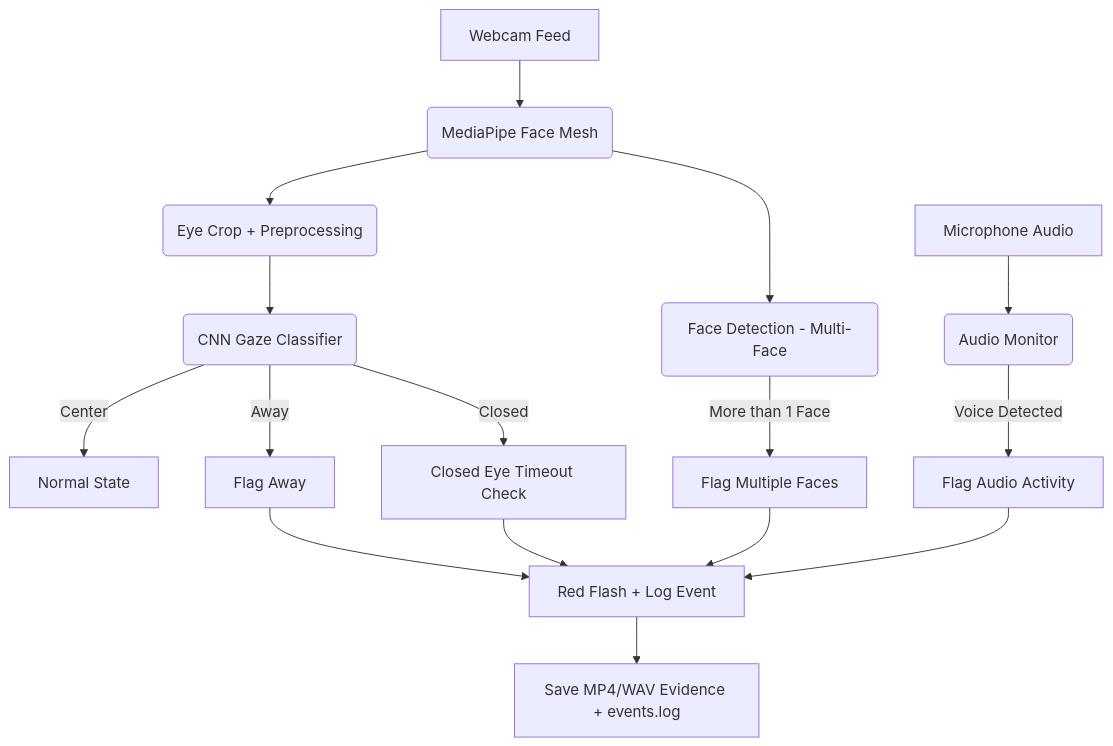
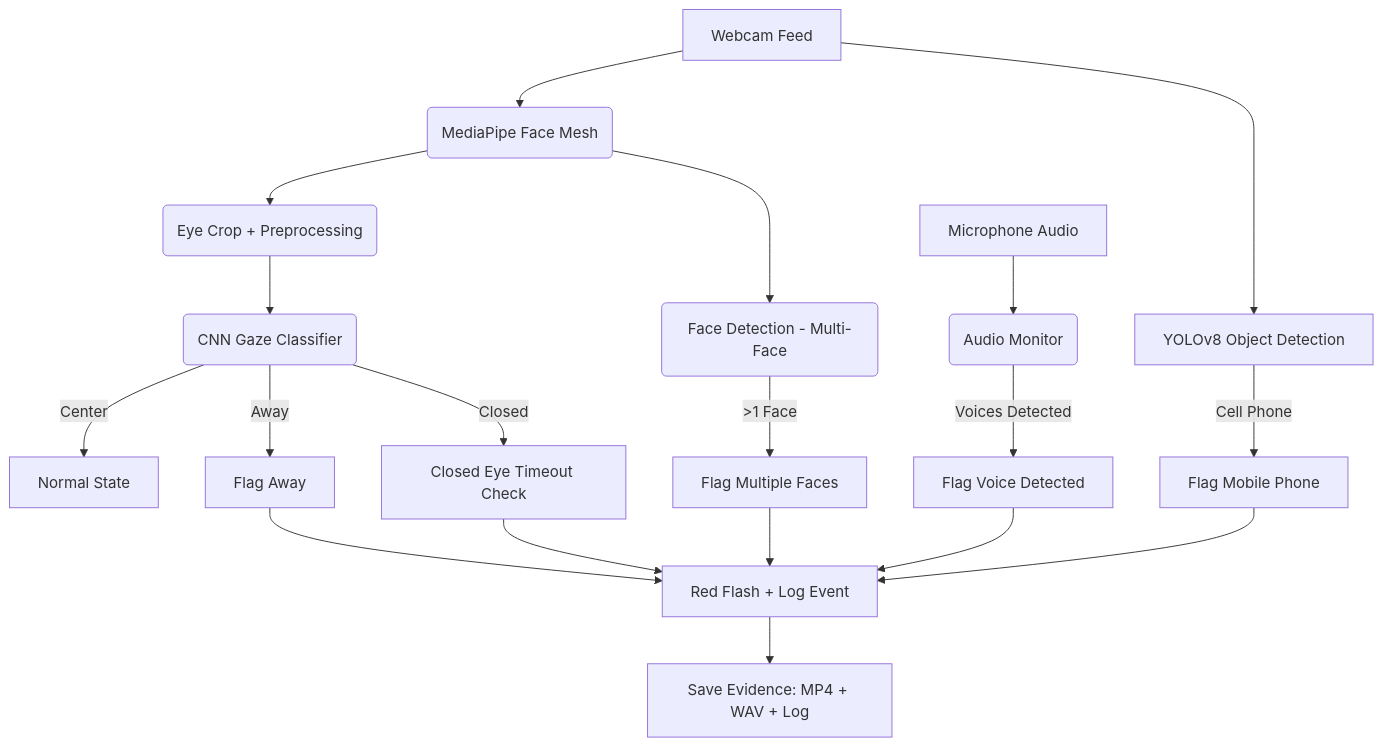
Before and after one commit to Vatsy05/Gaze_exam_proctor: the diagram in README.md, drawn with Mermaid. The commit also changed other lines of this file, not shown here.

````diff
--- a/README.md
+++ b/README.md
@@ -99,22 +100,27 @@
 ```mermaid
 flowchart TD
     A[Webcam Feed] --> B(MediaPipe Face Mesh)
     B --> C(Eye Crop + Preprocessing)
     C --> D(CNN Gaze Classifier)
     D -->|Center| E1[Normal State]
     D -->|Away| E2[Flag Away]
     D -->|Closed| E3[Closed Eye Timeout Check]
 
     B --> F(Face Detection - Multi-Face)
-    F -->|More than 1 Face| E4[Flag Multiple Faces]
+    F -->|>1 Face| E4[Flag Multiple Faces]
 
     H[Microphone Audio] --> I(Audio Monitor)
-    I -->|Voice Detected| E5[Flag Audio Activity]
+    I -->|Voices Detected| E5[Flag Voice Detected]
 
-    E2 --> G[Red Flash + Log Event]
-    E3 --> G
-    E4 --> G
-    E5 --> G
+    A --> J[YOLOv8 Object Detection]
+    J -->|Cell Phone| E6[Flag Mobile Phone]
 
-    G --> H2[Save MP4/WAV Evidence + events.log]
+    E2 --> K[Red Flash + Log Event]
+    E3 --> K
+    E4 --> K
+    E5 --> K
+    E6 --> K
+
+    K --> L[Save Evidence: MP4 + WAV + Log]
+
 ```
````
